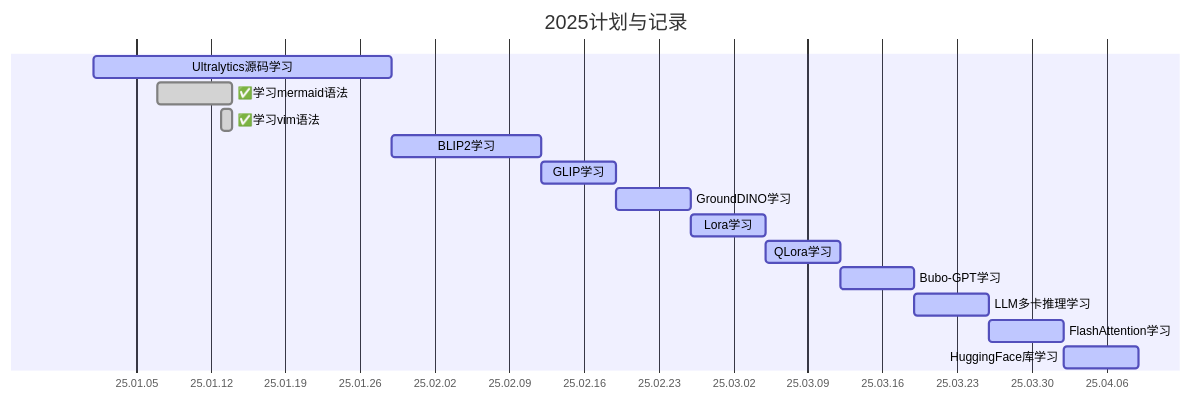
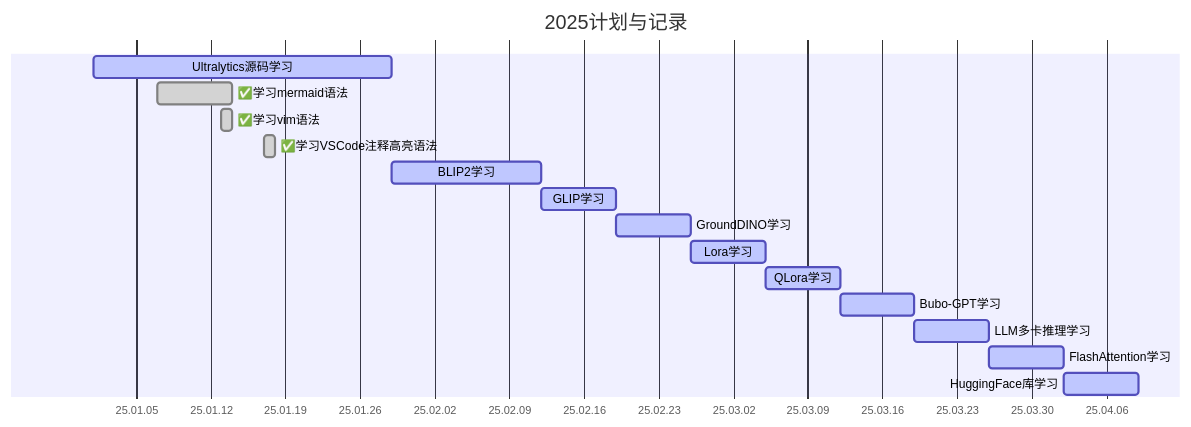
The first of 2 diagrams in README.md (Le0v1n/Learning-Notebook-Codes), drawn with Mermaid before and after one commit.

Commit message:
更新进度

````diff
--- a/README.md
+++ b/README.md
@@ -5,20 +5,21 @@
 ```mermaid
 gantt
 	dateFormat YY-MM-DD
 	axisFormat %y.%m.%d
 	% excludes weekends  # 不排除周末
 	title 2025计划与记录
 
 	Ultralytics源码学习: active, a1, 25-01-01, 4w
 	✅学习mermaid语法: done, 2025-01-07, 1w
 	✅学习vim语法: done, 2025-01-13, 1d
+	✅学习VSCode注释高亮语法: done, 2025-01-17, 1d
 	BLIP2学习: active, a2, after a1, 2w
 	GLIP学习: active, a3, after a2, 1w
 	GroundDINO学习: active, a4, after a3, 1w
 	Lora学习: active, a5, after a4, 1w
 	QLora学习: active, a6, after a5, 1w
 	Bubo-GPT学习: active, a7, after a6, 1w
 	LLM多卡推理学习: active, a8, after a7, 1w
 	FlashAttention学习: active, a9, after a8, 1w
 	HuggingFace库学习: active, a10, after a9, 1w
 ```
````
